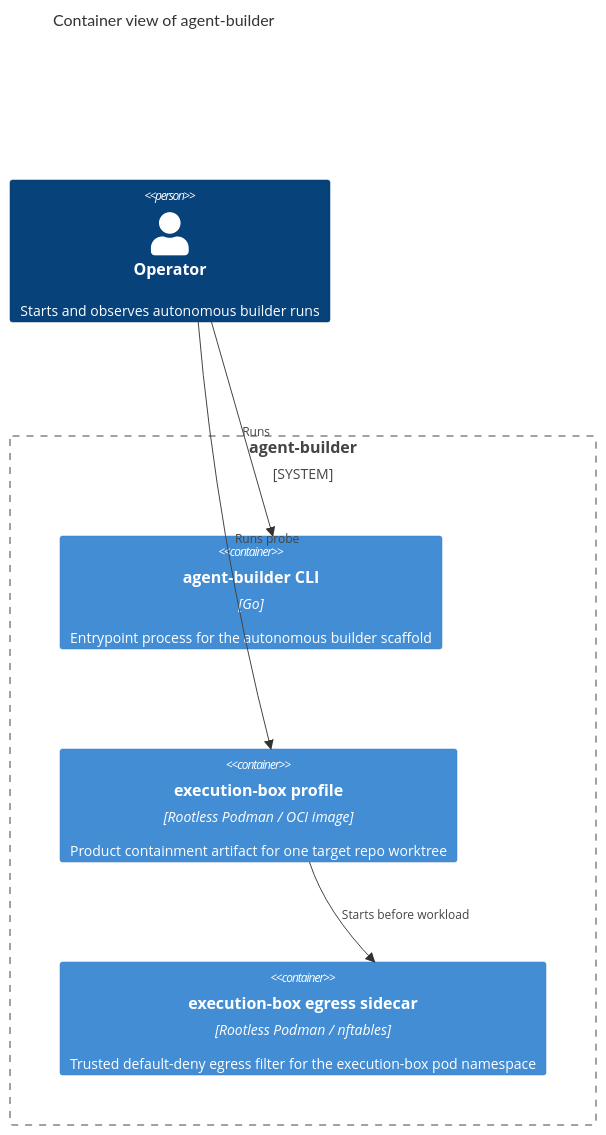
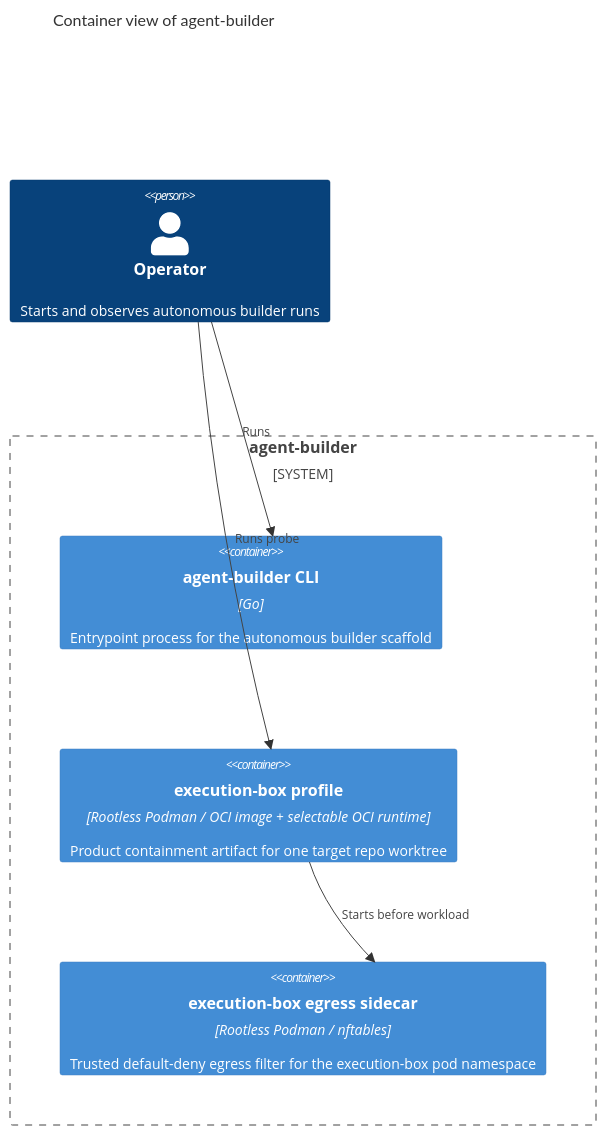
Before and after one commit to tkdtaylor/agent-builder: the second of 4 diagrams in docs/architecture/diagrams.md, drawn with Mermaid. The commit also changed other lines of this file and 11 other files, not shown here.

````diff
--- a/docs/architecture/diagrams.md
+++ b/docs/architecture/diagrams.md
@@ -40,16 +40,16 @@
 ```mermaid
 C4Container
     title Container view of agent-builder
 
     Person(operator, "Operator", "Starts and observes autonomous builder runs")
 
     System_Boundary(boundary, "agent-builder") {
         Container(cli, "agent-builder CLI", "Go", "Entrypoint process for the autonomous builder scaffold")
-        Container(execBox, "execution-box profile", "Rootless Podman / OCI image", "Product containment artifact for one target repo worktree")
+        Container(execBox, "execution-box profile", "Rootless Podman / OCI image + selectable OCI runtime", "Product containment artifact for one target repo worktree")
         Container(egressSidecar, "execution-box egress sidecar", "Rootless Podman / nftables", "Trusted default-deny egress filter for the execution-box pod namespace")
     }
 
     Rel(operator, cli, "Runs")
     Rel(operator, execBox, "Runs probe")
     Rel(execBox, egressSidecar, "Starts before workload")
 ```
````
